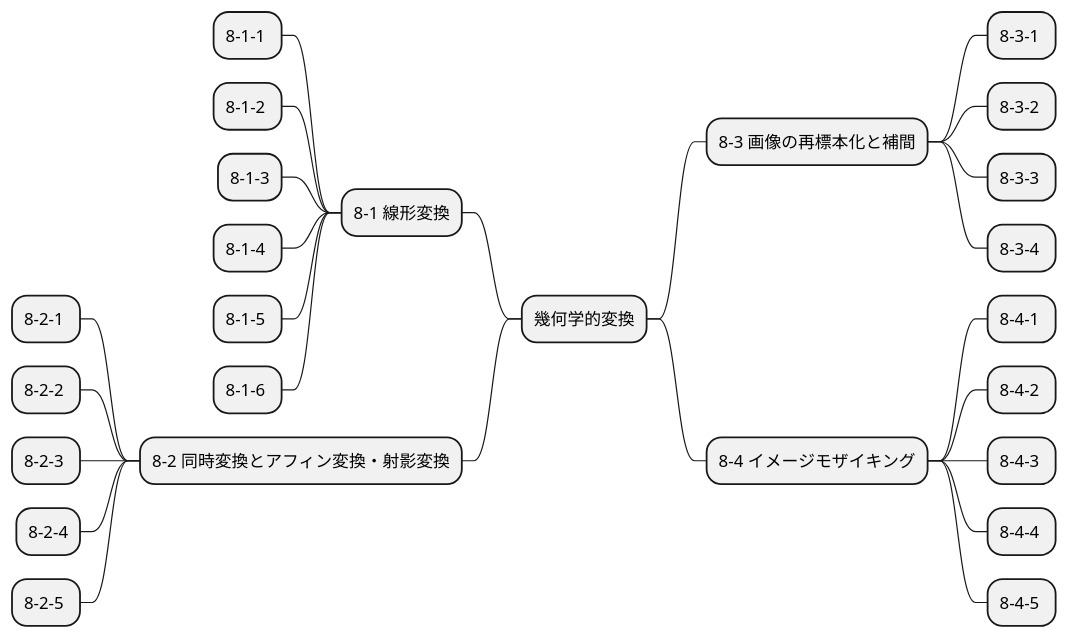
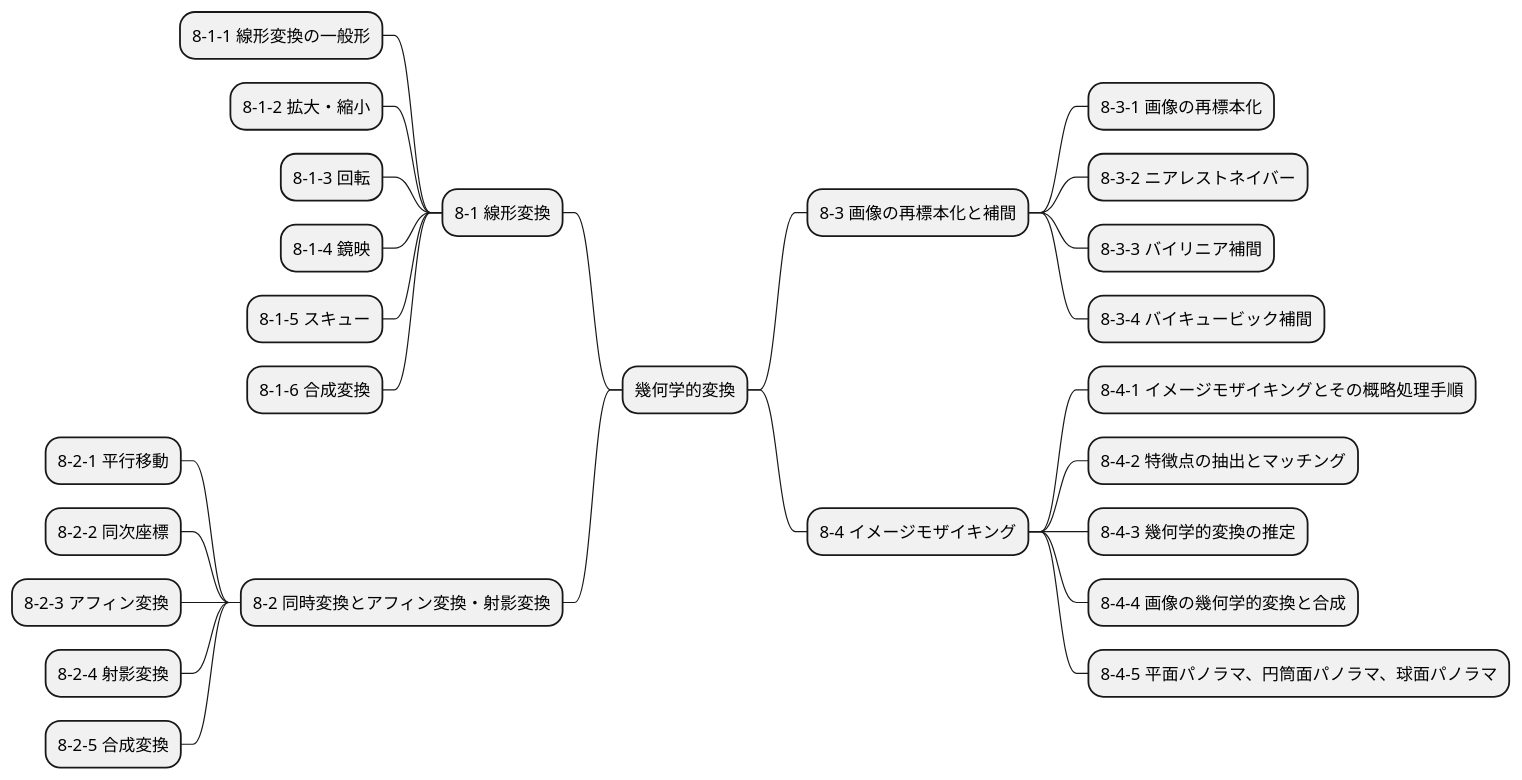
The diagram in mindmap/img_proc_expert_08.puml (Takayoshi-Matsuyama/image_processing), drawn with PlantUML before and after one commit. The commit also changed 16 other files, not shown here.

Commit message:
mindmap - ex index

```diff
--- a/mindmap/img_proc_expert_08.puml
+++ b/mindmap/img_proc_expert_08.puml
@@ -1,27 +1,27 @@
 @startmindmap img_proc_expert_08
 + 幾何学的変換
 -- 8-1 線形変換
---- 8-1-1 
---- 8-1-2 
---- 8-1-3
---- 8-1-4 
---- 8-1-5 
---- 8-1-6 
+--- 8-1-1 線形変換の一般形
+--- 8-1-2 拡大・縮小
+--- 8-1-3 回転
+--- 8-1-4 鏡映
+--- 8-1-5 スキュー
+--- 8-1-6 合成変換
 -- 8-2 同時変換とアフィン変換・射影変換
---- 8-2-1 
---- 8-2-2 
---- 8-2-3 
---- 8-2-4
---- 8-2-5 
+--- 8-2-1 平行移動
+--- 8-2-2 同次座標
+--- 8-2-3 アフィン変換
+--- 8-2-4 射影変換
+--- 8-2-5 合成変換
 ++ 8-3 画像の再標本化と補間
-+++ 8-3-1 
-+++ 8-3-2 
-+++ 8-3-3 
-+++ 8-3-4 
++++ 8-3-1 画像の再標本化
++++ 8-3-2 ニアレストネイバー
++++ 8-3-3 バイリニア補間
++++ 8-3-4 バイキュービック補間
 ++ 8-4 イメージモザイキング
-+++ 8-4-1 
-+++ 8-4-2 
-+++ 8-4-3 
-+++ 8-4-4 
-+++ 8-4-5 
++++ 8-4-1 イメージモザイキングとその概略処理手順
++++ 8-4-2 特徴点の抽出とマッチング
++++ 8-4-3 幾何学的変換の推定
++++ 8-4-4 画像の幾何学的変換と合成
++++ 8-4-5 平面パノラマ、円筒面パノラマ、球面パノラマ
 @endmindmap
```
